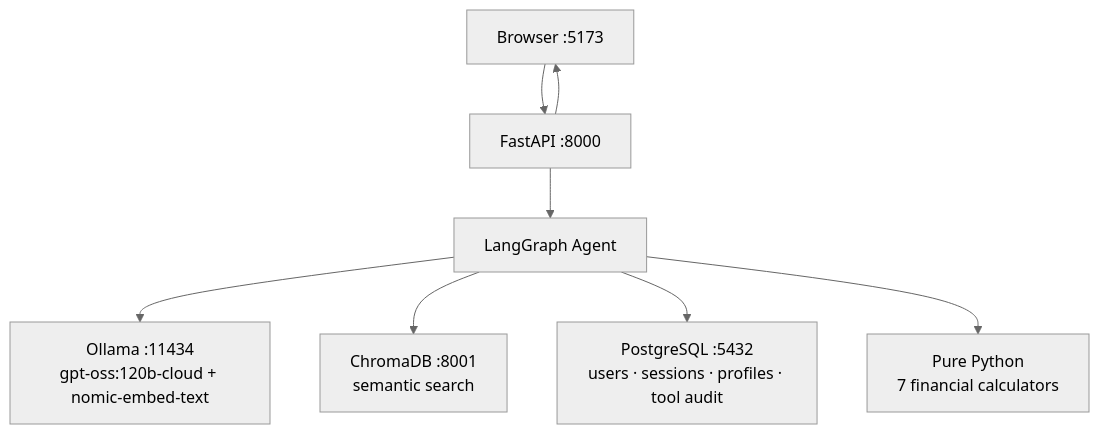
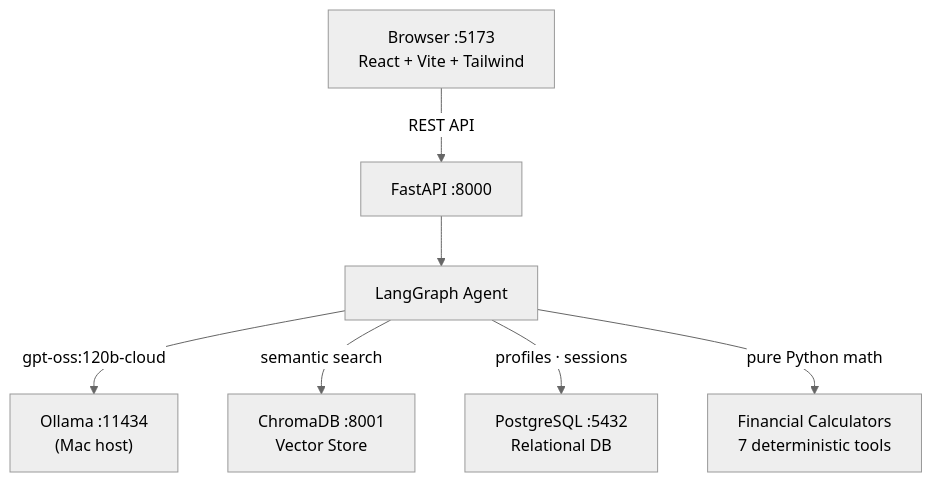
The diagram in README.md (yashvee-ai814/Retirement-Assistant), drawn with Mermaid (neutral theme) before and after one commit. The commit also changed other lines of this file and 1 other file, not shown here.

````diff
--- a/README.md
+++ b/README.md
@@ -22,10 +21,9 @@
 ```mermaid
 flowchart TD
-    A[Browser :5173] --> B[FastAPI :8000]
-    B --> C[LangGraph Agent]
-    C --> D[Ollama :11434\ngpt-oss:120b-cloud + nomic-embed-text]
-    C --> E[ChromaDB :8001\nsemantic search]
-    C --> F[PostgreSQL :5432\nusers · sessions · profiles · tool audit]
-    C --> G[Pure Python\n7 financial calculators]
-    B --> A
+    Browser["Browser :5173\nReact + Vite + Tailwind"] -->|"REST API"| API["FastAPI :8000"]
+    API --> Agent["LangGraph Agent"]
+    Agent -->|"gpt-oss:120b-cloud"| LLM["Ollama :11434\n(Mac host)"]
+    Agent -->|"semantic search"| Chroma["ChromaDB :8001\nVector Store"]
+    Agent -->|"profiles · sessions"| PG["PostgreSQL :5432\nRelational DB"]
+    Agent -->|"pure Python math"| Calc["Financial Calculators\n7 deterministic tools"]
 ```
````
